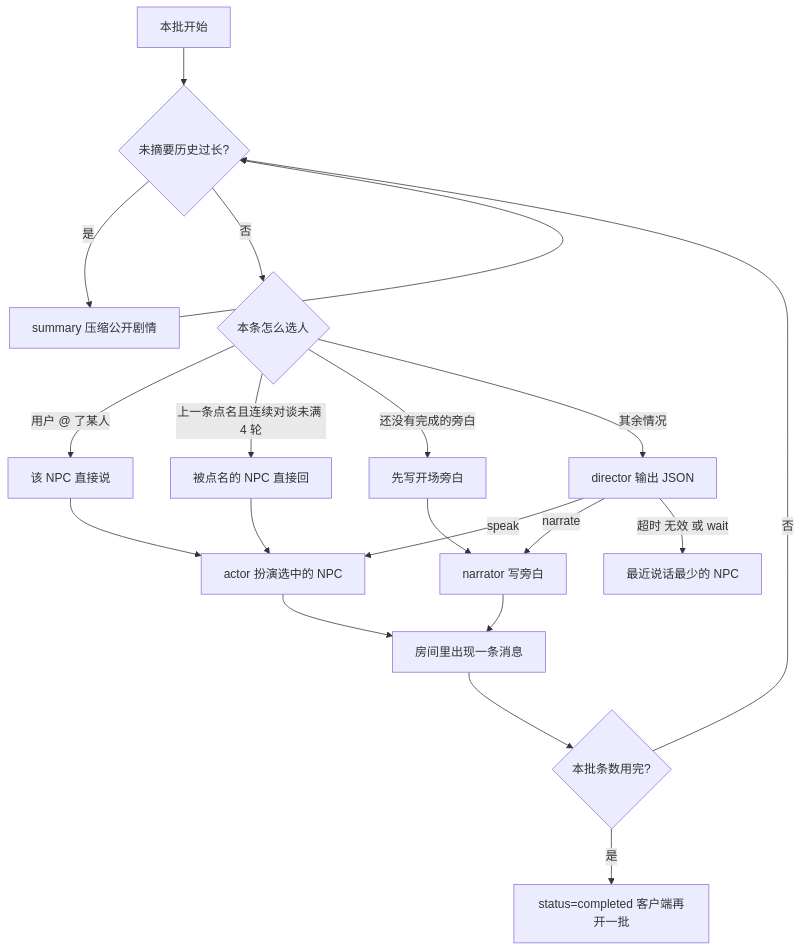
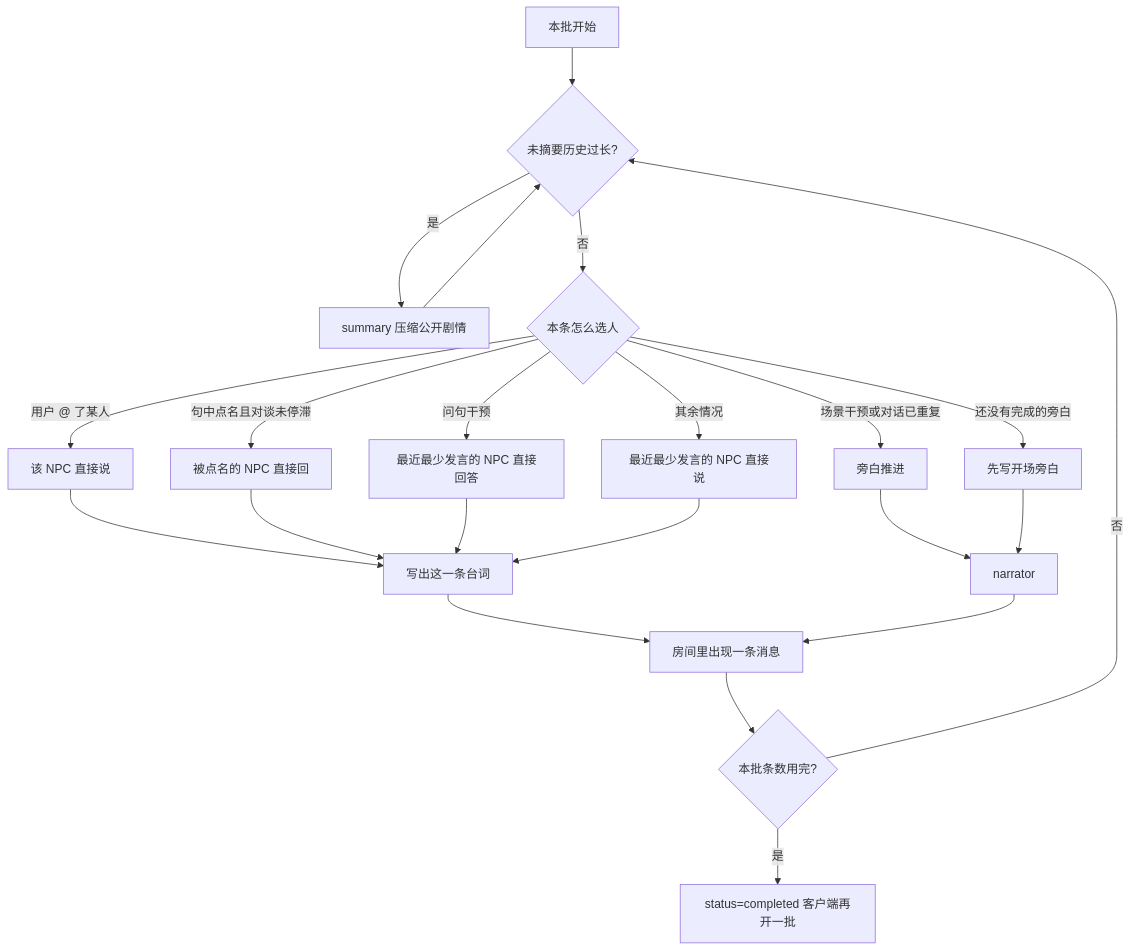
One commit to marvin-season/landing-page changed the diagram in src/lib/group-chat/README.md. Above: the diagram before and after it, drawn with Mermaid. The commit also changed 7 other files, not shown here.

````diff
--- a/src/lib/group-chat/README.md
+++ b/src/lib/group-chat/README.md
@@ -1,22 +1,24 @@
 ```mermaid
 flowchart TD
   start[本批开始] --> summary{未摘要历史过长?}
   summary -->|是| sumAgent[summary 压缩公开剧情]
   sumAgent --> summary
   summary -->|否| pick{本条怎么选人}
   pick -->|用户 @ 了某人| named[该 NPC 直接说]
-  pick -->|上一条点名且连续对谈未满 4 轮| reply[被点名的 NPC 直接回]
+  pick -->|句中点名且对谈未停滞| reply[被点名的 NPC 直接回]
+  pick -->|问句干预| ask[最近最少发言的 NPC 直接回答]
+  pick -->|场景干预或对话已重复| narrate[旁白推进]
   pick -->|还没有完成的旁白| open[先写开场旁白]
-  pick -->|其余情况| director[director 输出 JSON]
-  director -->|speak| actor[actor 扮演选中的 NPC]
-  director -->|narrate| narrator[narrator 写旁白]
-  director -->|超时 无效 或 wait| fallback[最近说话最少的 NPC]
-  named --> actor
-  reply --> actor
+  pick -->|其余情况| least[最近最少发言的 NPC 直接说]
+  named --> line[写出这一条台词]
+  reply --> line
+  ask --> line
+  least --> line
+  narrate --> narrator
   open --> narrator
-  actor --> visible[房间里出现一条消息]
+  line --> visible[房间里出现一条消息]
   narrator --> visible
   visible --> next{本批条数用完?}
   next -->|否| summary
   next -->|是| done[status=completed 客户端再开一批]
 ```
````
